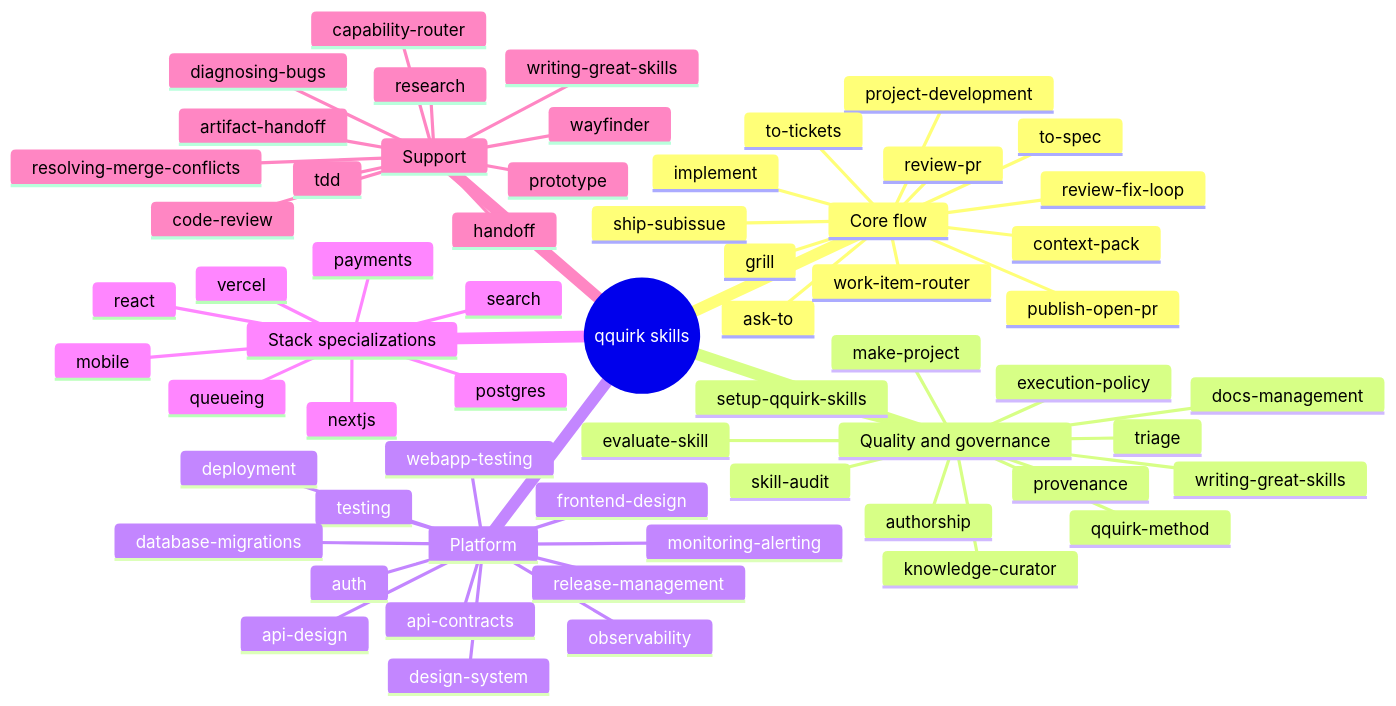
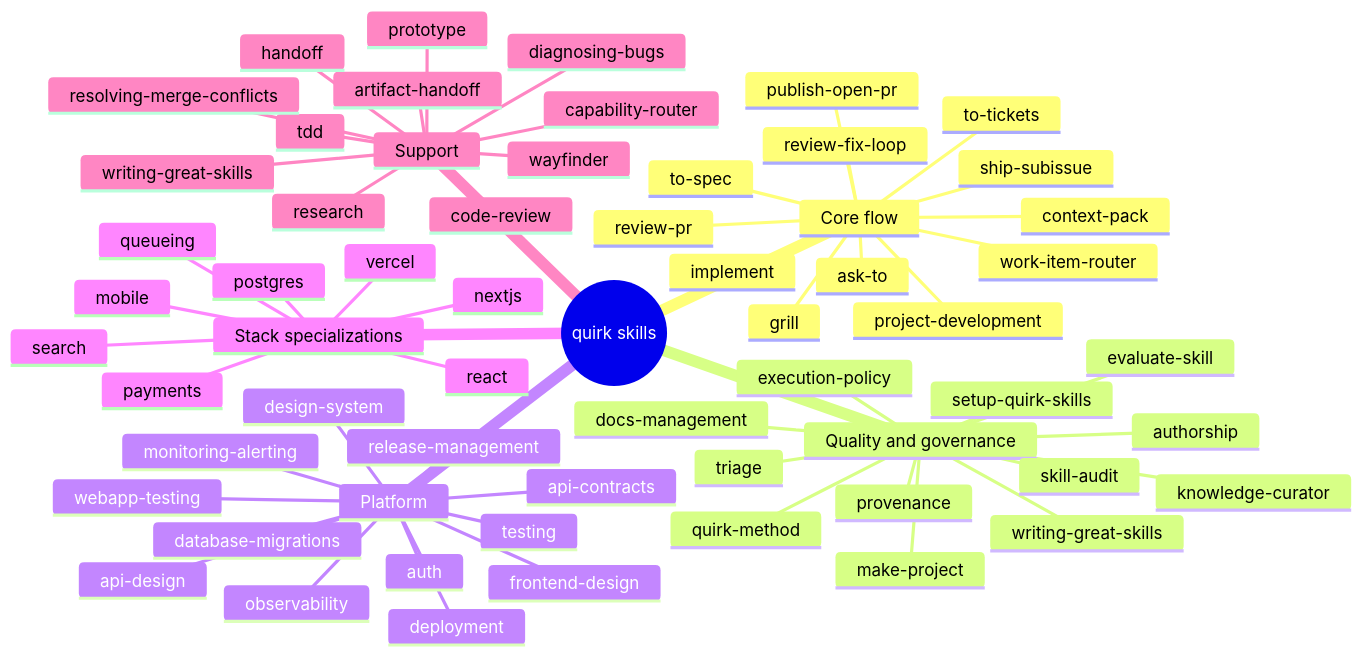
The diagram in docs/agents/skills-map.md (quantumquirkxyz/skills-quantumquirkxyz), drawn with Mermaid before and after one commit. The commit also changed other lines of this file and 56 other files, not shown here.

Commit message:
Rename project from qquirk to quirk

````diff
--- a/docs/agents/skills-map.md
+++ b/docs/agents/skills-map.md
@@ -3,64 +3,64 @@
 ```mermaid
 mindmap
-    root((qquirk skills))
+    root((quirk skills))
         Core flow
             ask-to
             grill
             project-development
             context-pack
             work-item-router
             to-spec
             to-tickets
             implement
             publish-open-pr
             review-pr
             review-fix-loop
             ship-subissue
         Quality and governance
             authorship
-            qquirk-method
+            quirk-method
             provenance
             skill-audit
             evaluate-skill
             knowledge-curator
             writing-great-skills
             execution-policy
             docs-management
             triage
             make-project
-            setup-qquirk-skills
+            setup-quirk-skills
         Platform
             frontend-design
             design-system
             webapp-testing
             api-design
             api-contracts
             auth
             deployment
             release-management
             monitoring-alerting
             observability
             testing
             database-migrations
         Stack specializations
             nextjs
             react
             vercel
             postgres
             search
             queueing
             mobile
             payments
         Support
             artifact-handoff
             handoff
             prototype
             research
             tdd
             diagnosing-bugs
             resolving-merge-conflicts
             capability-router
             code-review
             wayfinder
             writing-great-skills
 ```
````
